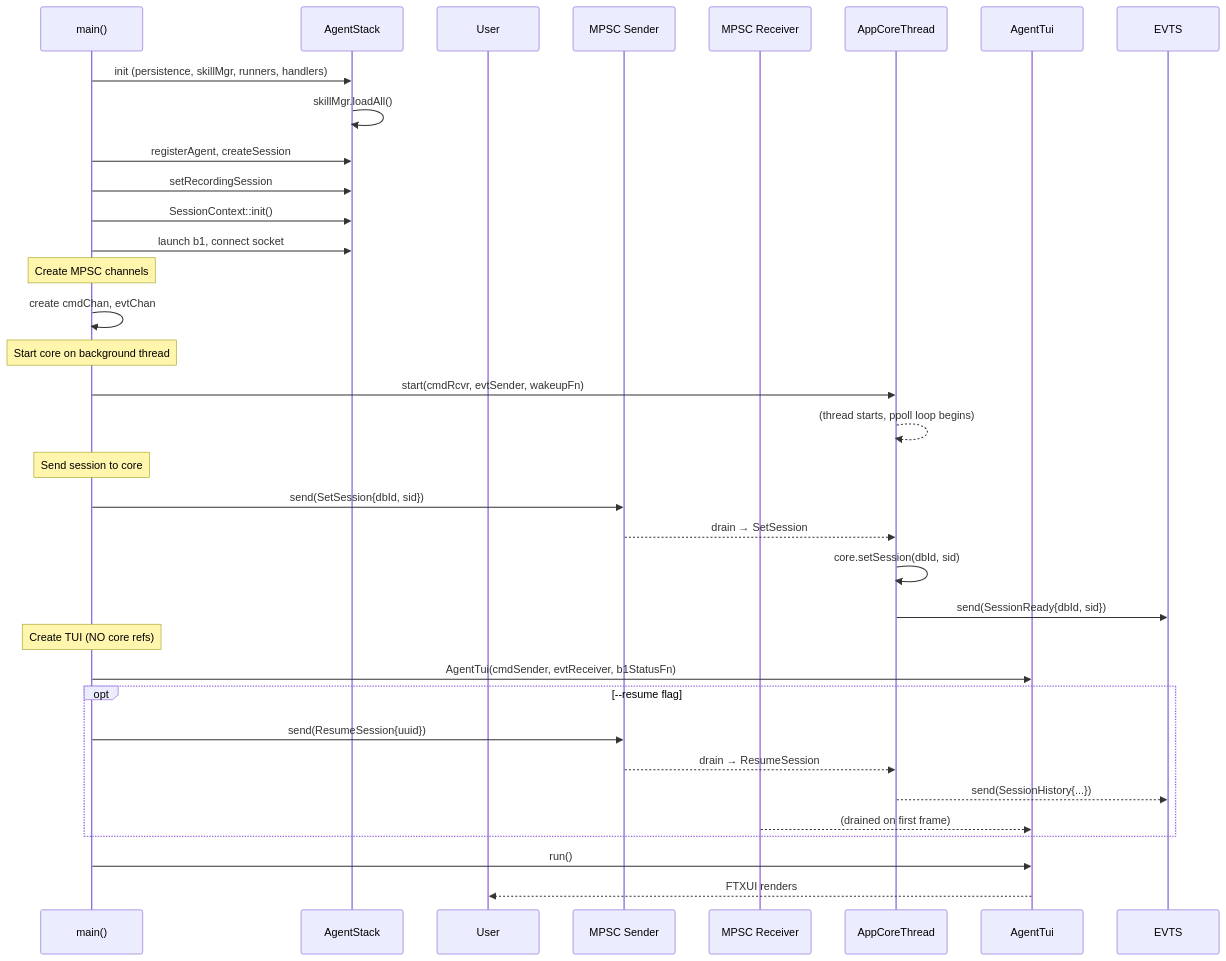
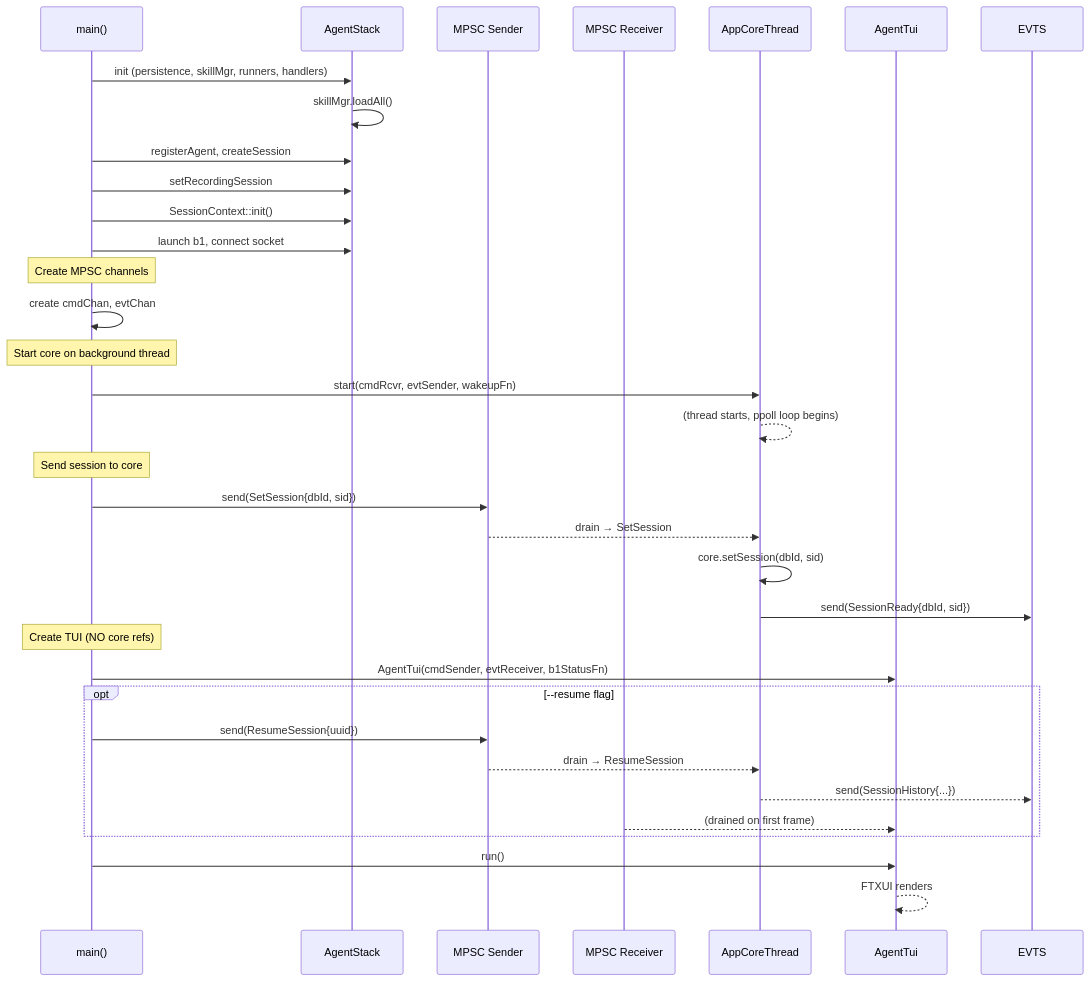
Before and after one commit to opensassi/a0: the fifth of 6 diagrams in src/tui/technical-specification.md, drawn with Mermaid. The commit also changed other lines of this file and 165 other files, not shown here.

````diff
--- a/src/tui/technical-specification.md
+++ b/src/tui/technical-specification.md
@@ -733,43 +772,42 @@
 ```mermaid
 sequenceDiagram
     participant MAIN as main()
     participant AS as AgentStack
-    participant USR as User
     participant CMD as MPSC Sender
     participant EVT as MPSC Receiver
     participant ACT as AppCoreThread
     participant TUI as AgentTui
 
     MAIN->>AS: init (persistence, skillMgr, runners, handlers)
     AS->>AS: skillMgr.loadAll()
     MAIN->>AS: registerAgent, createSession
     MAIN->>AS: setRecordingSession
     MAIN->>AS: SessionContext::init()
     MAIN->>AS: launch b1, connect socket
 
     Note over MAIN: Create MPSC channels
     MAIN->>MAIN: create cmdChan, evtChan
 
     Note over MAIN: Start core on background thread
     MAIN->>ACT: start(cmdRcvr, evtSender, wakeupFn)
     ACT-->>ACT: (thread starts, ppoll loop begins)
 
     Note over MAIN: Send session to core
     MAIN->>CMD: send(SetSession{dbId, sid})
     CMD-->>ACT: drain → SetSession
     ACT->>ACT: core.setSession(dbId, sid)
     ACT->>EVTS: send(SessionReady{dbId, sid})
 
     Note over MAIN: Create TUI (NO core refs)
     MAIN->>TUI: AgentTui(cmdSender, evtReceiver, b1StatusFn)
 
     opt --resume flag
         MAIN->>CMD: send(ResumeSession{uuid})
         CMD-->>ACT: drain → ResumeSession
         ACT-->>EVTS: send(SessionHistory{...})
         EVT-->>TUI: (drained on first frame)
     end
 
     MAIN->>TUI: run()
-    TUI-->>USR: FTXUI renders
+    TUI-->>TUI: FTXUI renders
 ```
````
